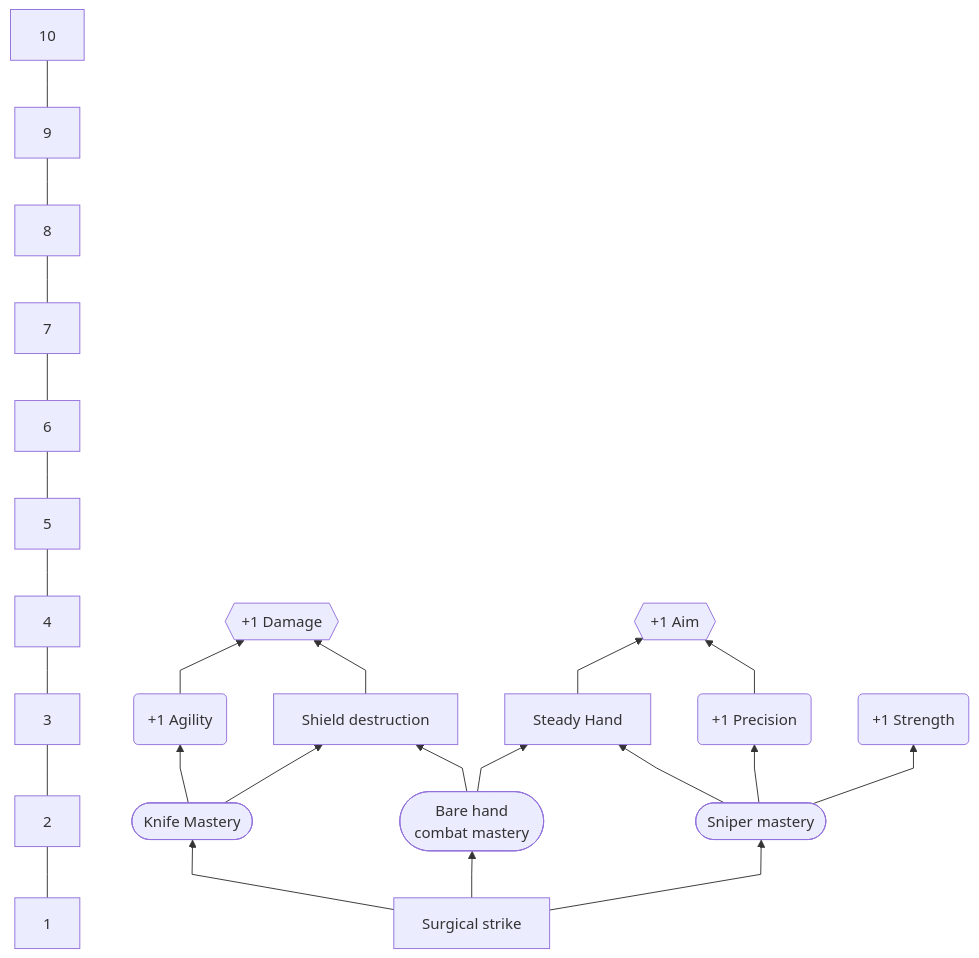
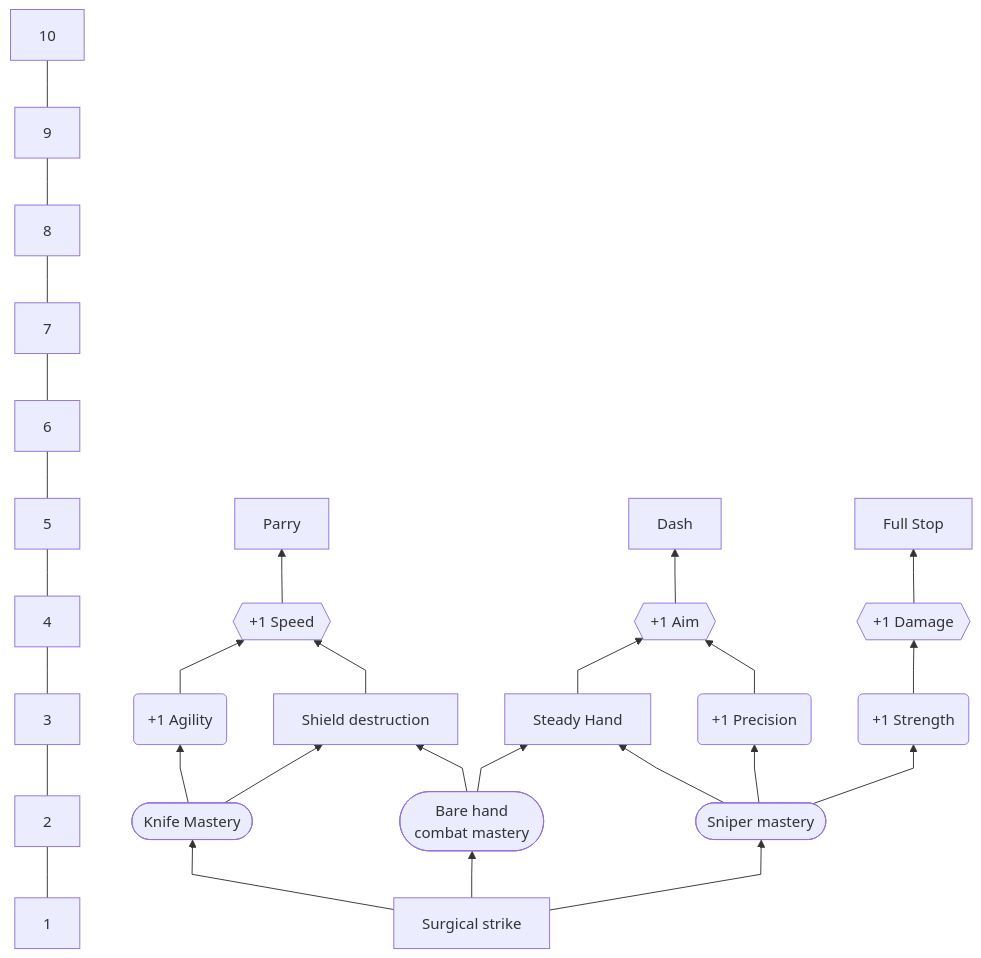
One commit to S1ss3l/Project-U changed the diagram in Gameplay Manual/Class/Assassin.md. Above: the diagram before and after it, drawn with Mermaid. The commit also changed 1 other file, not shown here.

Commit message:
2022-07-15 11:12:25 backup, 2 files changed
Affected files:
.obsidian/plugins/obsidian-git/data.json
Gameplay Manual/Class/Assassin.md

````diff
--- a/Gameplay Manual/Class/Assassin.md
+++ b/Gameplay Manual/Class/Assassin.md
@@ -4,13 +4,17 @@
 ```mermaid
 %%{init:{"flowchart":{"curve":"linear"}}}%%
 graph BT;
 1---2---3---4---5---6---7---8---9---10
 us[Surgical strike]-->lvl1.1([Knife Mastery]) & lvl1.3([Bare hand <br> combat mastery]) & lvl1.2([Sniper mastery])
 lvl1.1 --> lvl2.3(+1 Agility)
 lvl1.3 & lvl1.1 --> lvl2.1[Shield destruction]
 lvl1.3 & lvl1.2 --> lvl2.2[Steady Hand]
 lvl1.2 --> lvl2.4(+1 Precision)
 lvl1.2 --> lvl2.5(+1 Strength) 
 lvl2.4 & lvl2.2-->lvl4.1{{+1 Aim}}
-lvl2.3 & lvl2.1 --> lvl4.2{{+1 Damage}}
+lvl2.3 & lvl2.1 --> lvl4.2{{+1 Speed}}
+lvl2.5 --> lvl4.3{{+1 Damage}}
+lvl4.2 --> lvl5.1[Parry]
+lvl4.1 --> lvl5.2[Dash]
+lvl4.3 --> lvl5.3[Full Stop]
 ```
````
